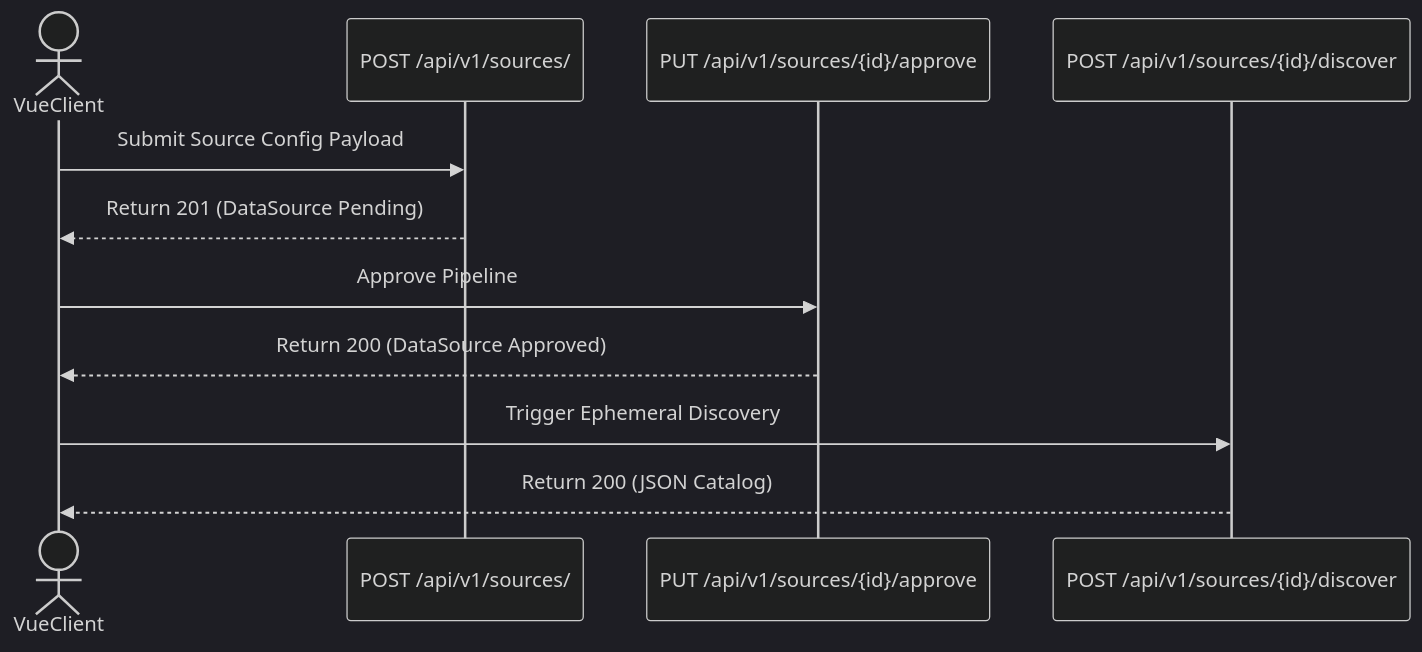
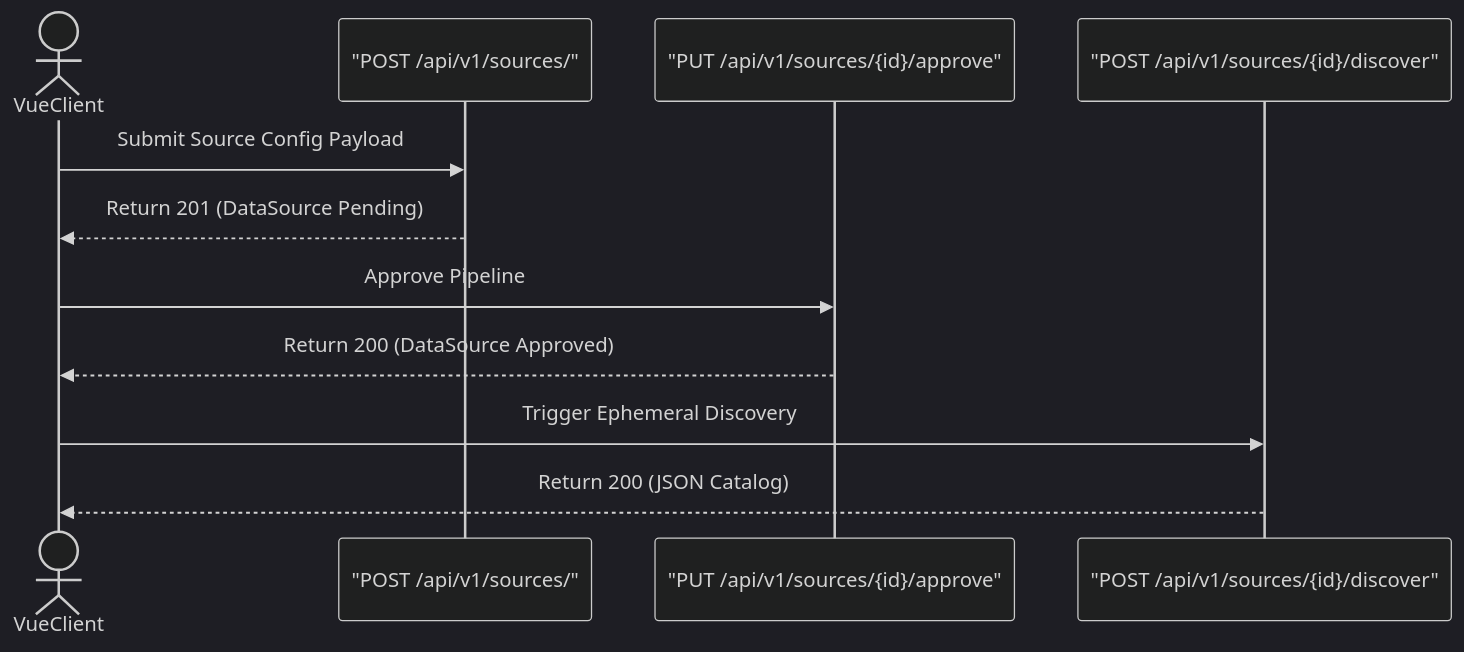
Before and after one commit to mnaatjes/elite-etl: the first of 2 diagrams in docs/explanation/user-flows/register-source.md, drawn with Mermaid (dark theme).

Commit message:
docs: source registration

````diff
--- a/docs/explanation/user-flows/register-source.md
+++ b/docs/explanation/user-flows/register-source.md
@@ -18,16 +18,16 @@
 ```mermaid
 sequenceDiagram
     actor VueClient
-    participant Source as POST /api/v1/sources/
-    participant Approve as PUT /api/v1/sources/{id}/approve
-    participant Discover as POST /api/v1/sources/{id}/discover
+    participant Source as "POST /api/v1/sources/"
+    participant Approve as "PUT /api/v1/sources/{id}/approve"
+    participant Discover as "POST /api/v1/sources/{id}/discover"
     
     VueClient->>Source: Submit Source Config Payload
     Source-->>VueClient: Return 201 (DataSource Pending)
     
     VueClient->>Approve: Approve Pipeline
     Approve-->>VueClient: Return 200 (DataSource Approved)
     
     VueClient->>Discover: Trigger Ephemeral Discovery
     Discover-->>VueClient: Return 200 (JSON Catalog)
 ```
````
